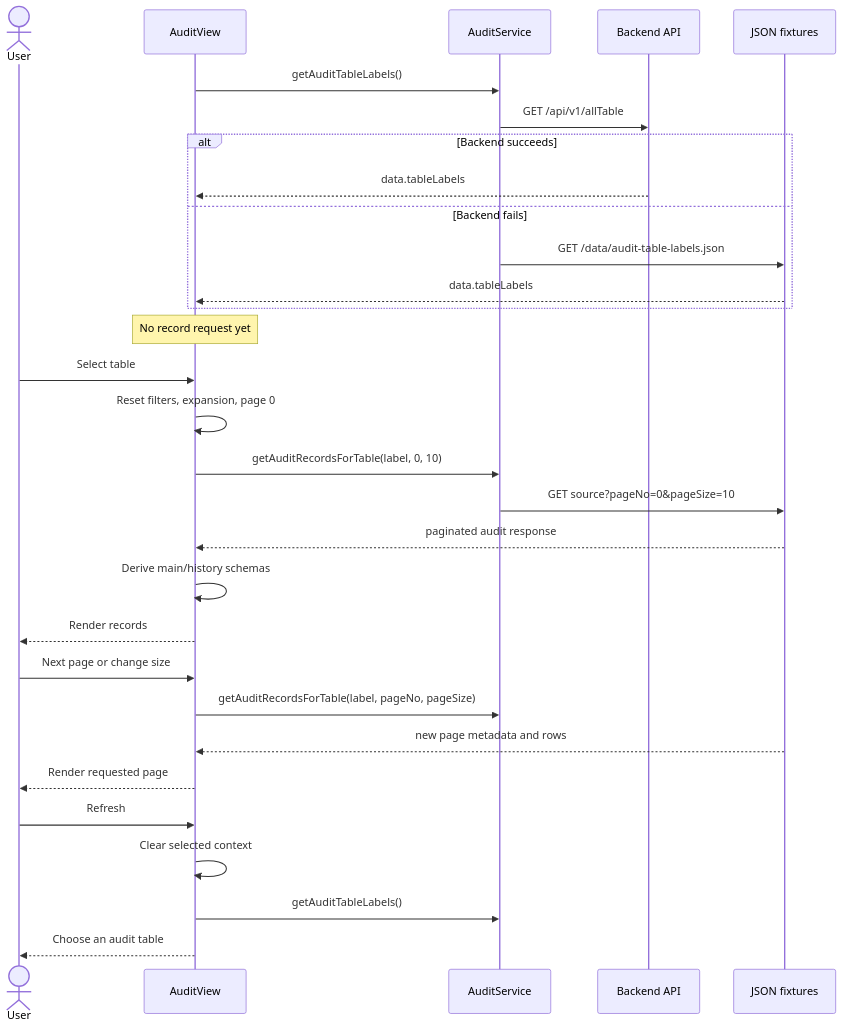
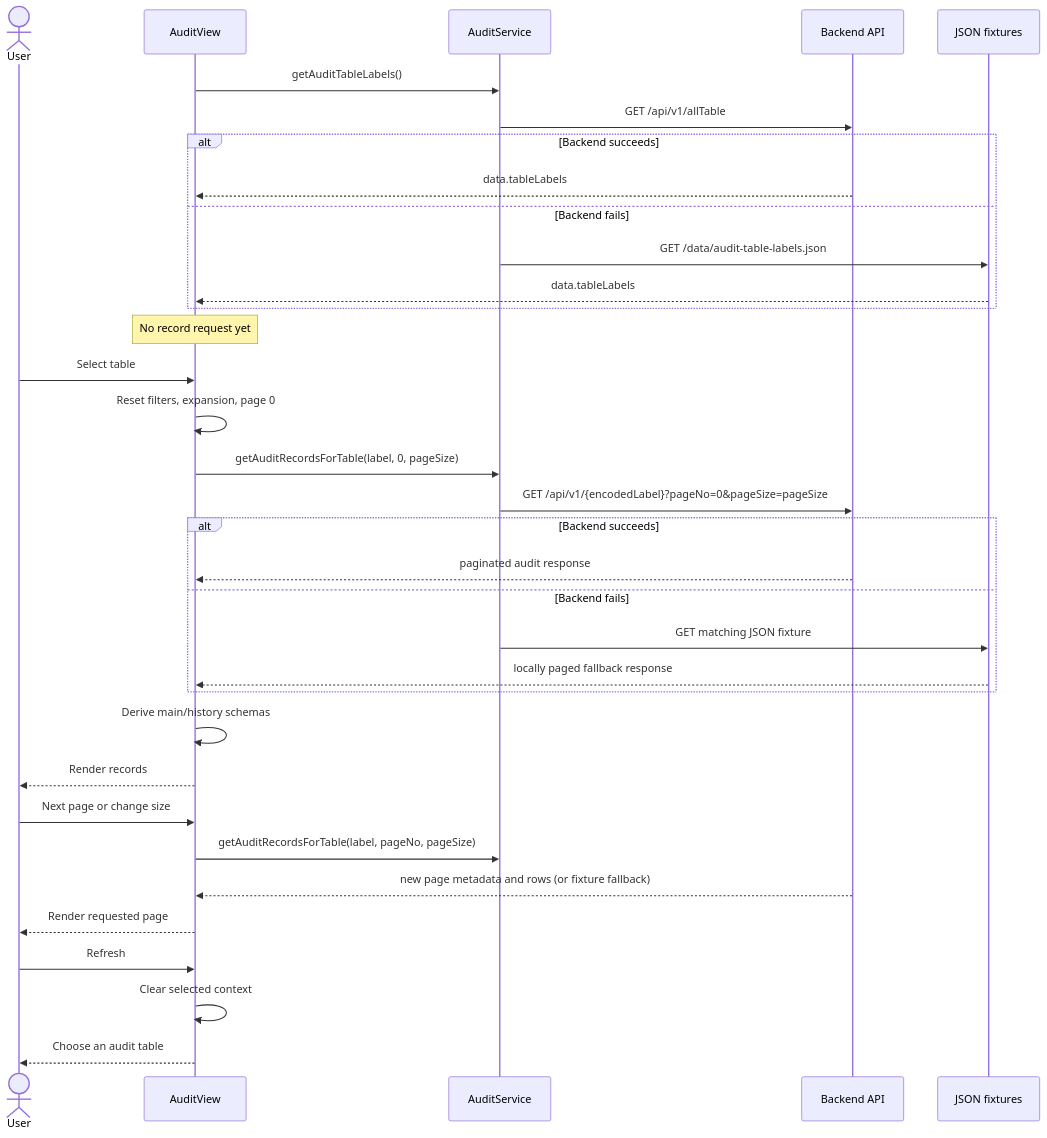
Before and after one commit to MrAkashKum/audit-fronted: the second of 4 diagrams in docs/ARCHITECTURE.md, drawn with Mermaid. The commit also changed other lines of this file and 15 other files, not shown here.

````diff
--- a/docs/ARCHITECTURE.md
+++ b/docs/ARCHITECTURE.md
@@ -89,36 +89,40 @@
 ```mermaid
 sequenceDiagram
     actor User
     participant View as AuditView
     participant Service as AuditService
     participant Backend as Backend API
     participant Fixtures as JSON fixtures
 
     View->>Service: getAuditTableLabels()
     Service->>Backend: GET /api/v1/allTable
     alt Backend succeeds
         Backend-->>View: data.tableLabels
     else Backend fails
         Service->>Fixtures: GET /data/audit-table-labels.json
         Fixtures-->>View: data.tableLabels
     end
     Note over View: No record request yet
 
     User->>View: Select table
     View->>View: Reset filters, expansion, page 0
-    View->>Service: getAuditRecordsForTable(label, 0, 10)
-    Service->>Fixtures: GET source?pageNo=0&pageSize=10
-    Fixtures-->>View: paginated audit response
+    View->>Service: getAuditRecordsForTable(label, 0, pageSize)
+    Service->>Backend: GET /api/v1/{encodedLabel}?pageNo=0&pageSize=pageSize
+    alt Backend succeeds
+        Backend-->>View: paginated audit response
+    else Backend fails
+        Service->>Fixtures: GET matching JSON fixture
+        Fixtures-->>View: locally paged fallback response
+    end
     View->>View: Derive main/history schemas
     View-->>User: Render records
 
     User->>View: Next page or change size
     View->>Service: getAuditRecordsForTable(label, pageNo, pageSize)
-    Fixtures-->>View: new page metadata and rows
+    Backend-->>View: new page metadata and rows (or fixture fallback)
     View-->>User: Render requested page
 
     User->>View: Refresh
     View->>View: Clear selected context
-    View->>Service: getAuditTableLabels()
     View-->>User: Choose an audit table
 ```
````
